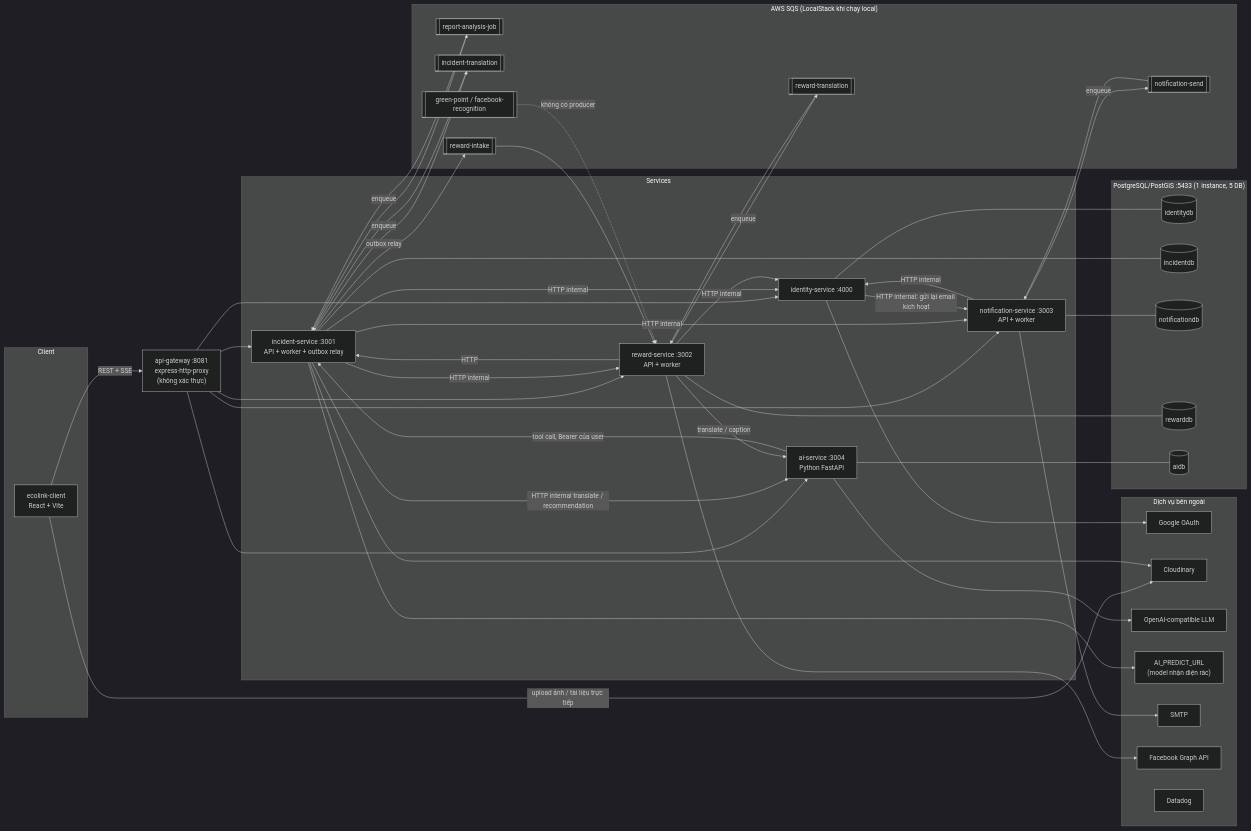
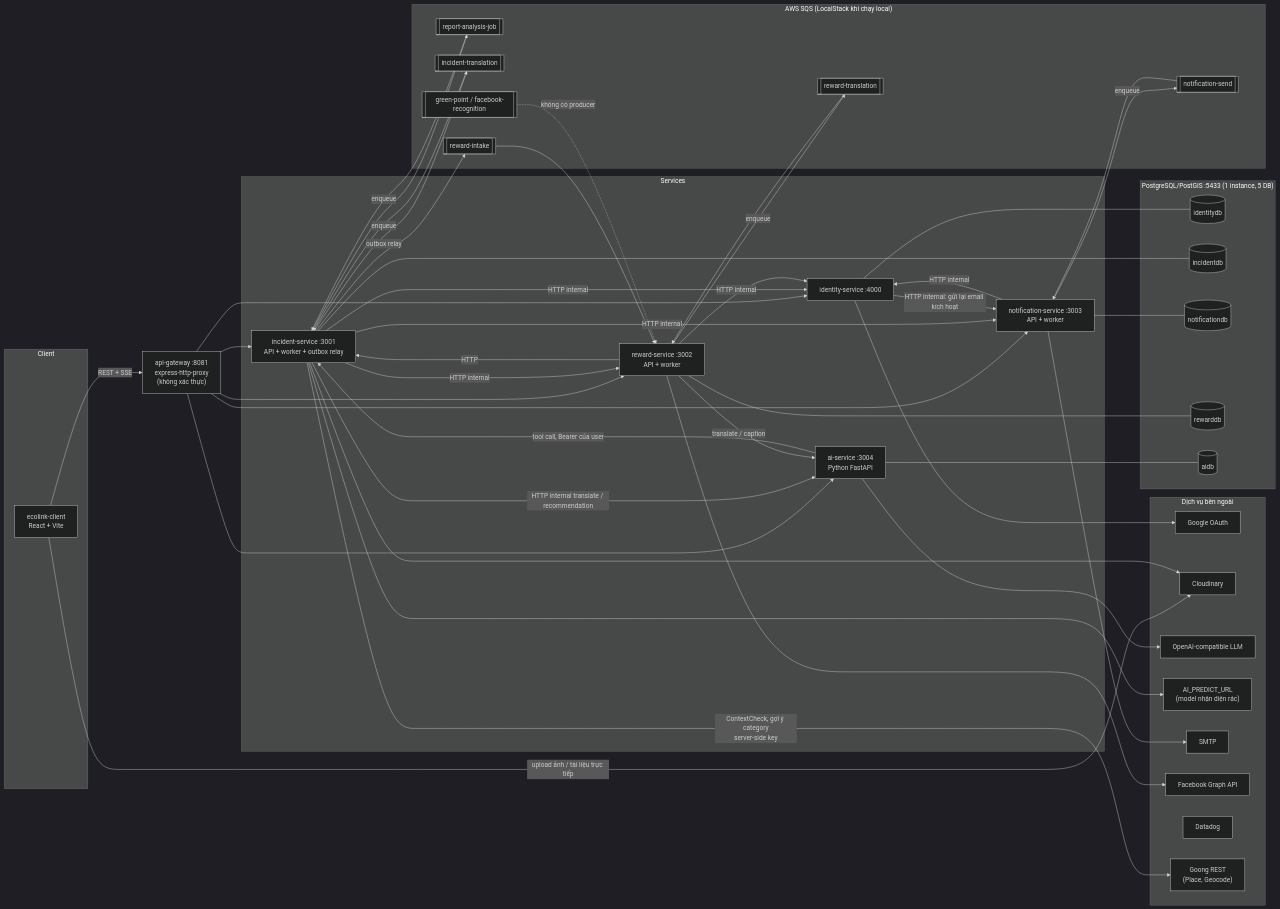
The diagram in 00-overview.md (DOAN2-UQT-KN/ecolink-docs), drawn with Mermaid (dark theme) before and after one commit. The commit also changed 4 other files, not shown here.

Commit message:
docs: ContextCheck via Goong, GET /reports/context, geo_context_cache (specs/006 P08)

```diff
--- a/00-overview.md
+++ b/00-overview.md
@@ -95,6 +95,7 @@
     SMTP["SMTP"]
     FB["Facebook Graph API"]
     DD["Datadog"]
+    GOONG["Goong REST<br/>(Place, Geocode)"]
   end
 
   WEB -->|REST + SSE| GW
@@ -107,6 +108,7 @@
   RW --- RDB
   AI --- AIDB
 
+  INC -->|ContextCheck, gợi ý category<br/>server-side key| GOONG
   INC -->|enqueue| Q1 & Q2
   Q1 --> INC
   Q2 --> INC
```
